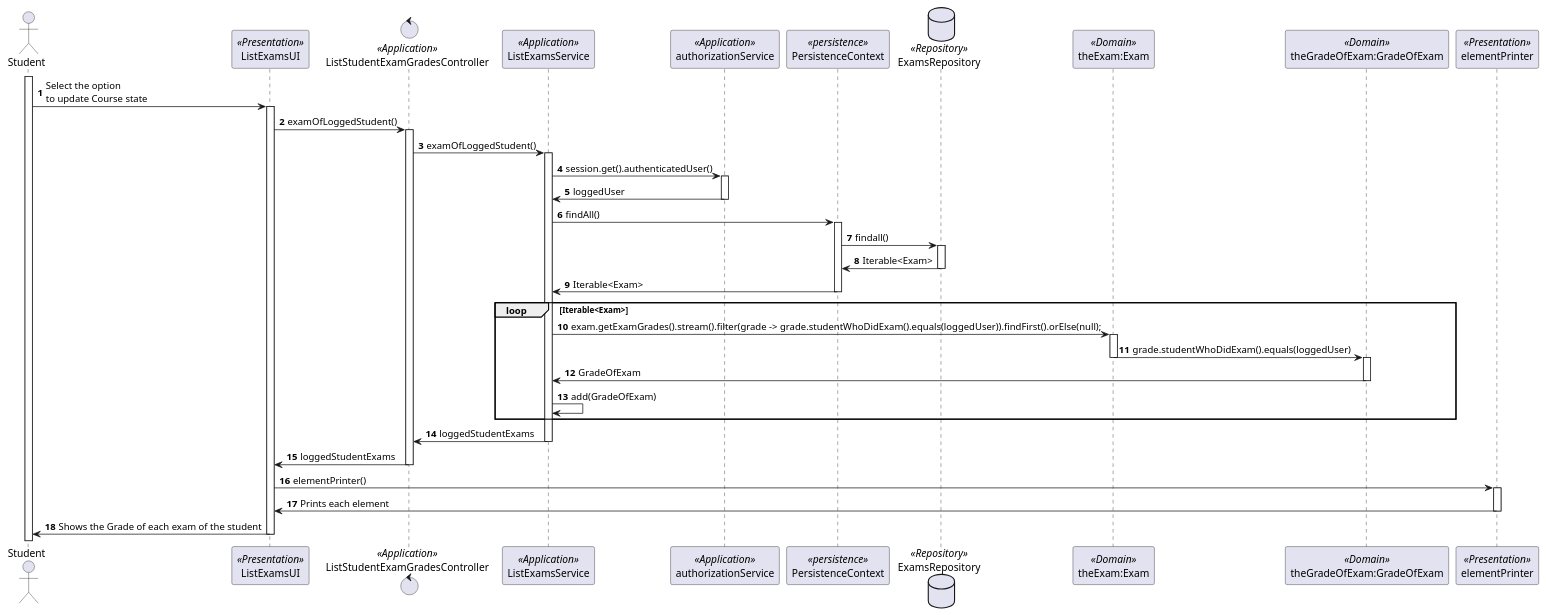
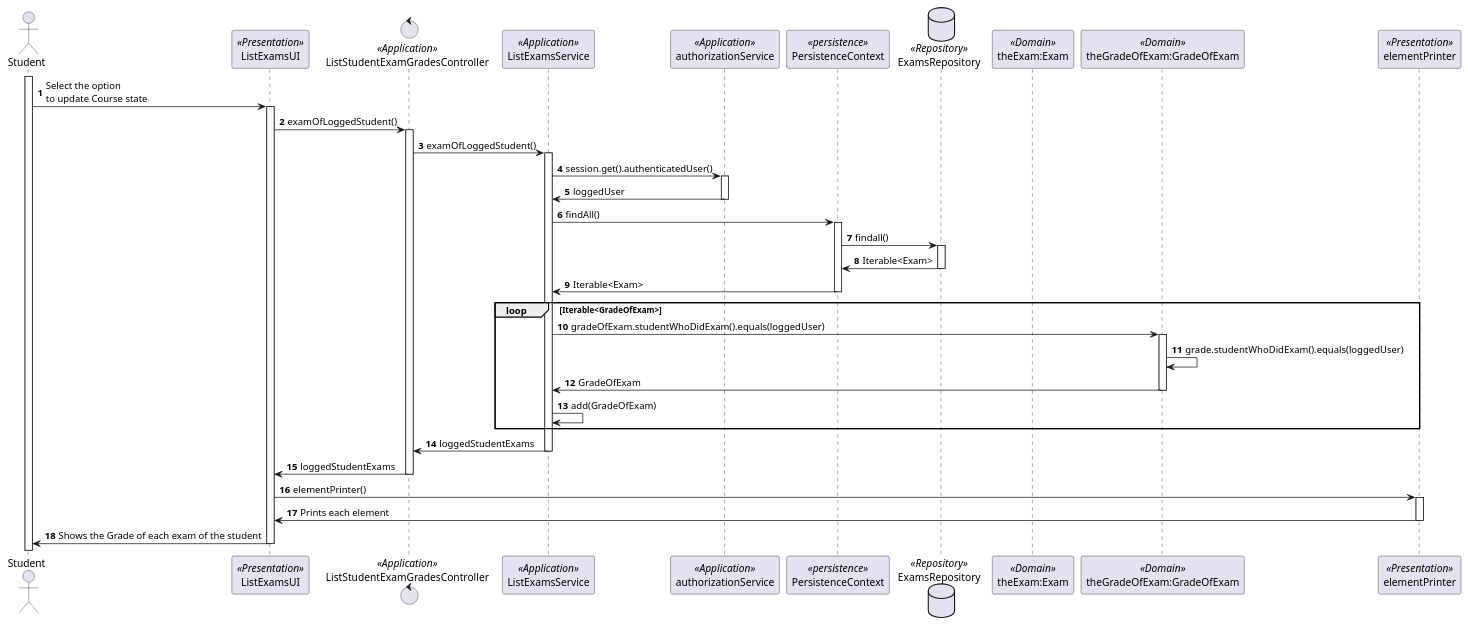
One commit to mascenso/isep-sem4-lapr4 changed the diagram in docs/SPRINT C/US2005 - Student List of Grades/US2005-SD.puml. Above: the diagram before and after it, drawn with PlantUML. The commit also changed 5 other files, not shown here.

```diff
--- a/docs/SPRINT C/US2005 - Student List of Grades/US2005-SD.puml
+++ b/docs/SPRINT C/US2005 - Student List of Grades/US2005-SD.puml
@@ -1,58 +1,56 @@
 @startuml
 'https://plantuml.com/sequence-diagram
 
 autonumber
 
 actor Student as Actor
 activate Actor
 participant ListExamsUI as UI <<Presentation>>
 control ListStudentExamGradesController as Controller <<Application>>
 participant ListExamsService as Service <<Application>>
 participant authorizationService as AuthService <<Application>>
 participant PersistenceContext as Persistence <<persistence>>
 database ExamsRepository as Repository <<Repository>>
 participant "theExam:Exam" as Exam <<Domain>>
 participant "theGradeOfExam:GradeOfExam" as GradeOfExam <<Domain>>
 participant elementPrinter as Printer <<Presentation>>
 
 Actor -> UI: Select the option \nto update Course state
 activate UI
 UI -> Controller: examOfLoggedStudent()
 activate Controller
 Controller -> Service: examOfLoggedStudent()
 activate Service
 Service -> AuthService: session.get().authenticatedUser()
 activate AuthService
 AuthService -> Service: loggedUser
 deactivate AuthService
 Service -> Persistence: findAll()
 activate Persistence
 Persistence -> Repository: findall()
 activate Repository
 Repository -> Persistence: Iterable<Exam>
 deactivate Repository
 Persistence -> Service: Iterable<Exam>
 deactivate Persistence
-    loop Iterable<Exam>
-        Service -> Exam: exam.getExamGrades().stream().filter(grade -> grade.studentWhoDidExam().equals(loggedUser)).findFirst().orElse(null);
-        activate Exam
-        Exam -> GradeOfExam: grade.studentWhoDidExam().equals(loggedUser)
-        deactivate Exam
+    loop Iterable<GradeOfExam>
+        Service -> GradeOfExam: gradeOfExam.studentWhoDidExam().equals(loggedUser)
         activate GradeOfExam
+        GradeOfExam -> GradeOfExam: grade.studentWhoDidExam().equals(loggedUser)
         GradeOfExam -> Service: GradeOfExam
         deactivate GradeOfExam
         Service -> Service: add(GradeOfExam)
     end
 Service -> Controller: loggedStudentExams
 deactivate Service
 Controller -> UI: loggedStudentExams
 deactivate Controller
 UI -> Printer: elementPrinter()
 activate Printer
 Printer -> UI: Prints each element
 deactivate Printer
 UI -> Actor: Shows the Grade of each exam of the student
 deactivate UI
 
 
 @enduml
```
